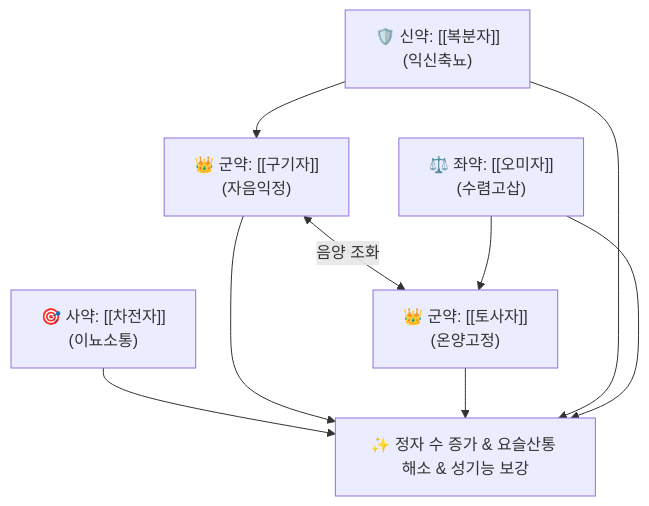
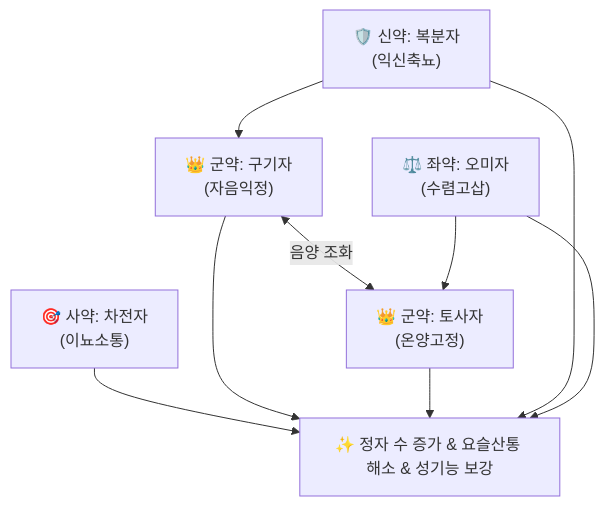
Before and after one commit to simbio11/simbio-digital-garden2: the diagram in content/2. 약리 공부/처방/02_보익제/오자환.md, drawn with Mermaid. The commit also changed other lines of this file and 323 other files, not shown here.

````diff
--- a/content/2. 약리 공부/처방/02_보익제/오자환.md
+++ b/content/2. 약리 공부/처방/02_보익제/오자환.md
@@ -44,8 +46,8 @@
 ```mermaid
 graph TD
-    GJ["👑 군약: [[구기자]]<br>(자음익정)"] <-->|음양 조화| TS["👑 군약: [[토사자]]<br>(온양고정)"]
-    BB["🛡️ 신약: [[복분자]]<br>(익신축뇨)"] --> GJ
-    OM["⚖️ 좌약: [[오미자]]<br>(수렴고삽)"] --> TS
-    CJ["🎯 사약: [[차전자]]<br>(이뇨소통)"] --> Target["✨ 정자 수 증가 & 요슬산통 해소 & 성기능 보강"]
+    GJ["👑 군약: 구기자<br>(자음익정)"] <-->|음양 조화| TS["👑 군약: 토사자<br>(온양고정)"]
+    BB["🛡️ 신약: 복분자<br>(익신축뇨)"] --> GJ
+    OM["⚖️ 좌약: 오미자<br>(수렴고삽)"] --> TS
+    CJ["🎯 사약: 차전자<br>(이뇨소통)"] --> Target["✨ 정자 수 증가 & 요슬산통 해소 & 성기능 보강"]
     GJ & TS & BB & OM --> Target
 ```
````
